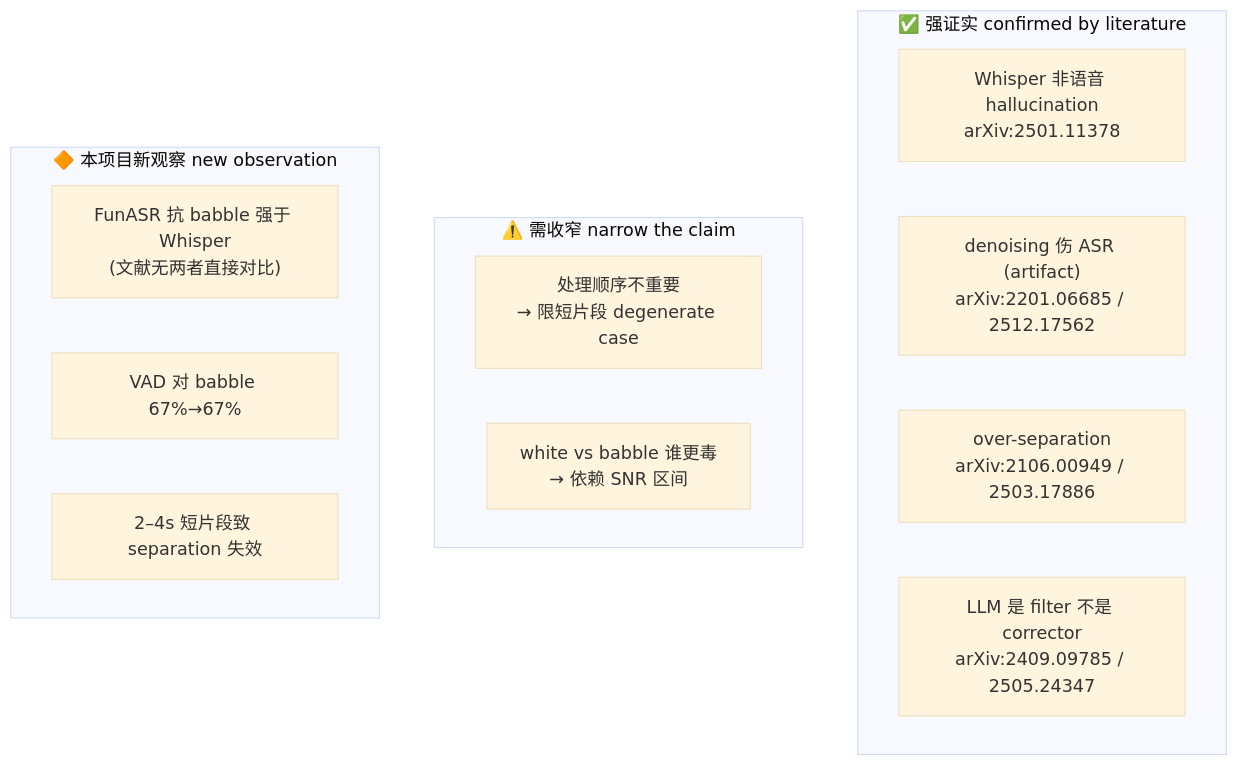
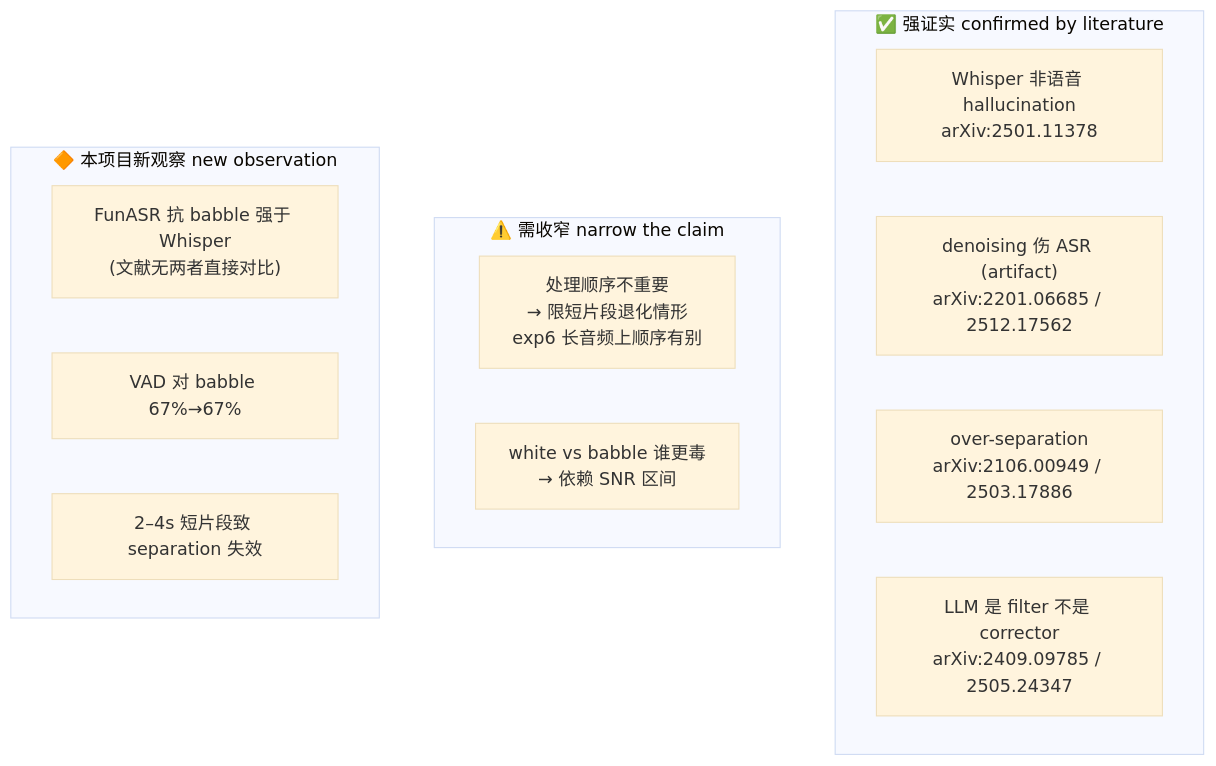
The third of 3 diagrams in REPORT.md (cecilefififi-lab/ml2026_asr_project), drawn with Mermaid (base theme) before and after one commit. The commit also changed other lines of this file, not shown here.

First line of the commit message:
docs(REPORT): add exp6 length ablation (6.7) and update H3 to boundary condition

````diff
--- a/REPORT.md
+++ b/REPORT.md
@@ -308,18 +336,18 @@
 ```mermaid
 flowchart TB
     subgraph CONFIRM["✅ 强证实 confirmed by literature"]
         c1["Whisper 非语音 hallucination<br/>arXiv:2501.11378"]
         c2["denoising 伤 ASR (artifact)<br/>arXiv:2201.06685 / 2512.17562"]
         c3["over-separation<br/>arXiv:2106.00949 / 2503.17886"]
         c4["LLM 是 filter 不是 corrector<br/>arXiv:2409.09785 / 2505.24347"]
     end
     subgraph NARROW["⚠️ 需收窄 narrow the claim"]
-        n1["处理顺序不重要<br/>→ 限短片段 degenerate case"]
+        n1["处理顺序不重要<br/>→ 限短片段退化情形<br/>exp6 长音频上顺序有别"]
         n2["white vs babble 谁更毒<br/>→ 依赖 SNR 区间"]
     end
     subgraph NEW["🔶 本项目新观察 new observation"]
         e1["FunASR 抗 babble 强于 Whisper<br/>(文献无两者直接对比)"]
         e2["VAD 对 babble 67%→67%"]
         e3["2–4s 短片段致 separation 失效"]
     end
 ```
````
